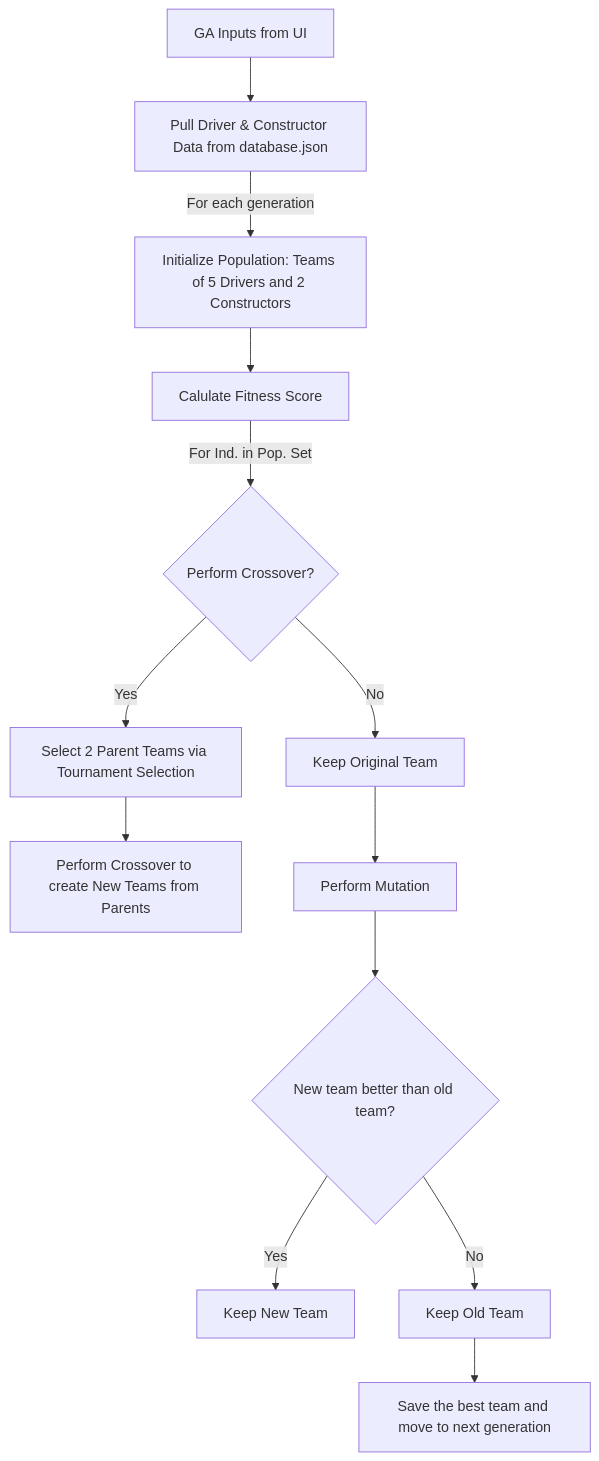
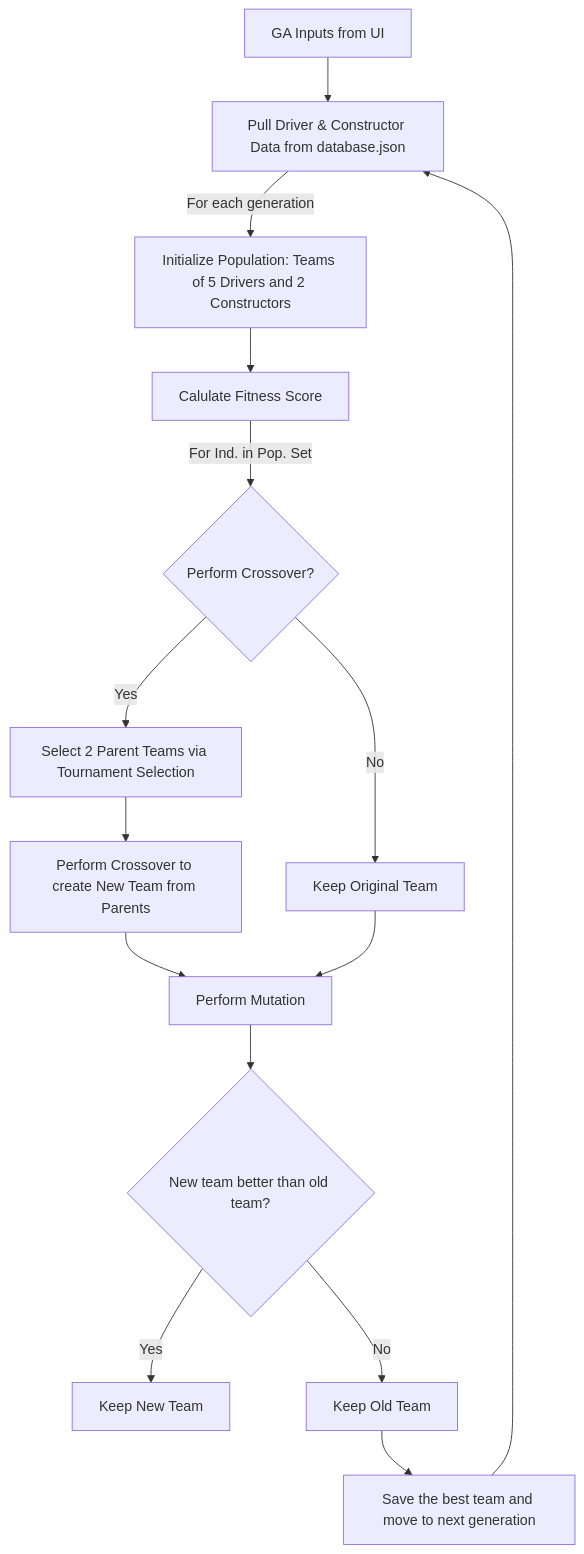
One commit to malavnaik12/F1_Fantasy_Model changed the diagram in README.md. Above: the diagram before and after it, drawn with Mermaid.

Commit message:
added missing links in GA flow

````diff
--- a/README.md
+++ b/README.md
@@ -61,17 +61,19 @@
 ```mermaid
 flowchart TD
   A[GA Inputs from UI] --> B[Pull Driver & Constructor Data from database.json];
   B -- For each generation --> C[Initialize Population: Teams of 5 Drivers and 2 Constructors];
   C --> D[Calulate Fitness Score];
   D -- For Ind. in Pop. Set --> E{Perform Crossover?};
   E -- Yes --> F[Select 2 Parent Teams via Tournament Selection];
-  F --> G[Perform Crossover to create New Teams from Parents];
+  F --> G[Perform Crossover to create New Team from Parents];
   E -- No --> H[Keep Original Team];
+  G --> I[Perform Mutation];
   H --> I[Perform Mutation];
   I --> J{New team better than old team?};
   J -- Yes --> K[Keep New Team];
   J -- No --> L[Keep Old Team];
   L --> M[Save the best team and move to next generation]
+  M --> B;
 
   
 ```
````
